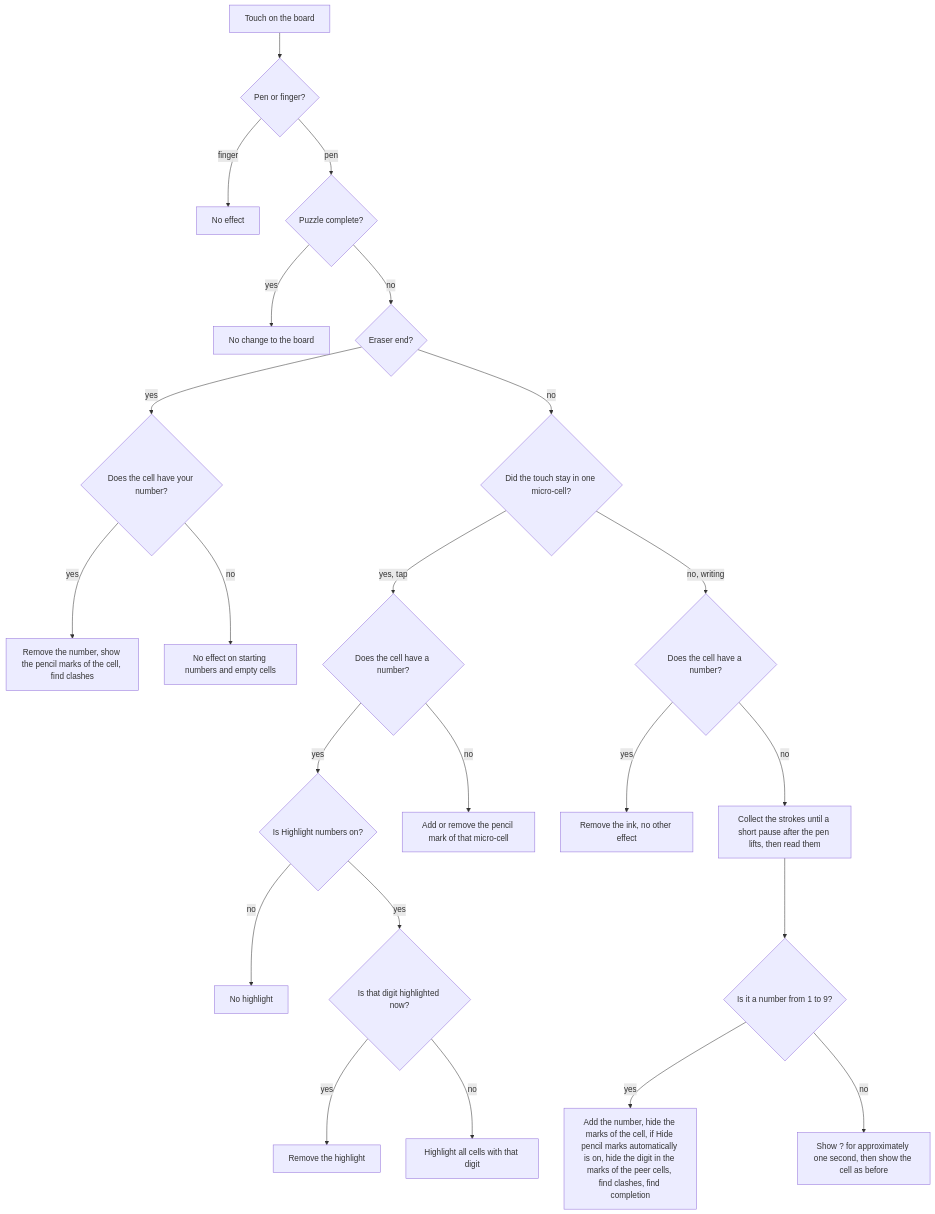
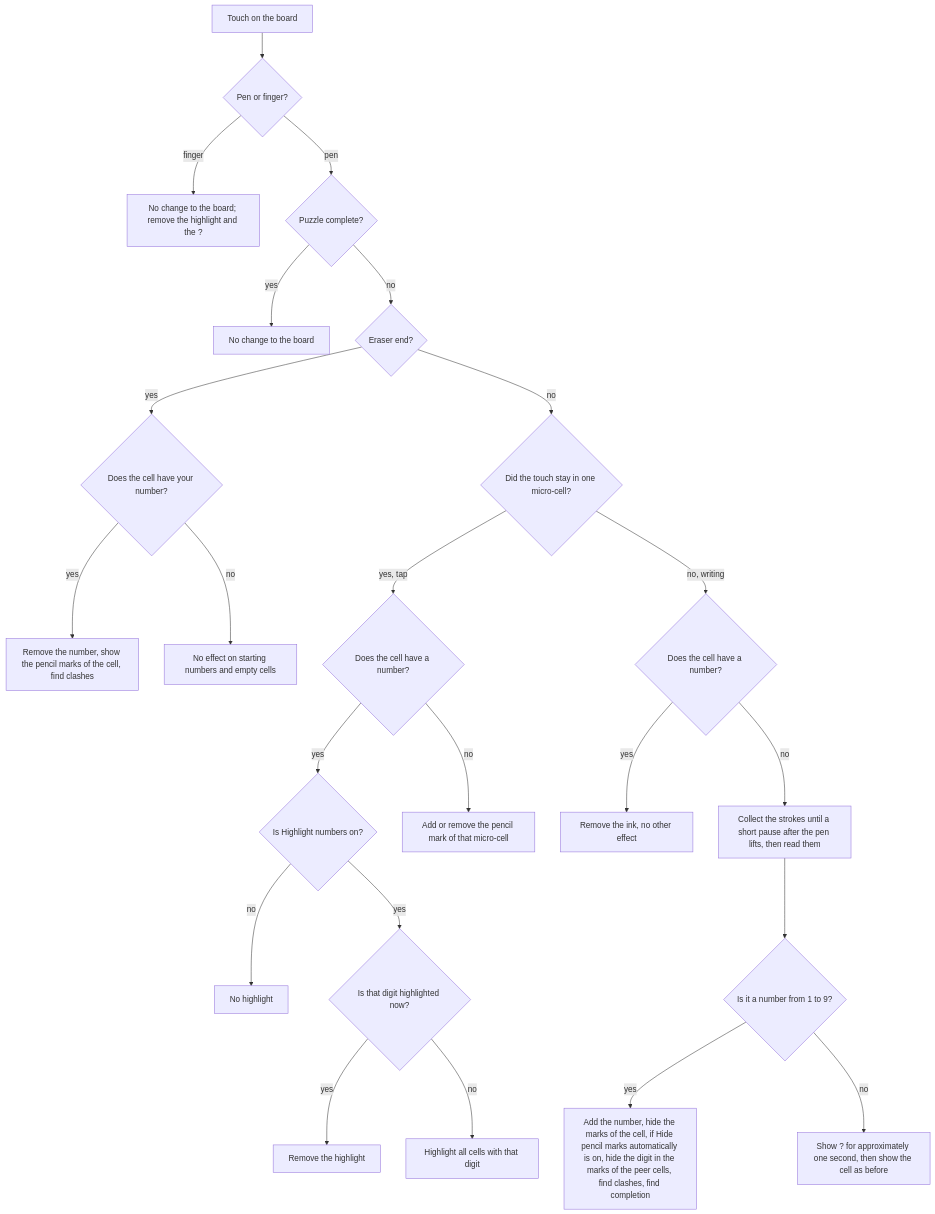
The fourth of 13 diagrams in REQUIREMENTS.md (garbles/sudoku), drawn with Mermaid before and after one commit. The commit also changed other lines of this file and 15 other files, not shown here.

````diff
--- a/REQUIREMENTS.md
+++ b/REQUIREMENTS.md
@@ -260,25 +268,25 @@
 ```mermaid
 flowchart TD
     A[Touch on the board] --> B{Pen or finger?}
-    B -- finger --> X[No effect]
+    B -- finger --> X[No change to the board; remove the highlight and the ?]
     B -- pen --> C{Puzzle complete?}
     C -- yes --> X2[No change to the board]
     C -- no --> D{Eraser end?}
     D -- yes --> E{Does the cell have your number?}
     E -- yes --> E1[Remove the number, show the pencil marks of the cell, find clashes]
     E -- no --> X3[No effect on starting numbers and empty cells]
     D -- no --> F{Did the touch stay in one micro-cell?}
     F -- yes, tap --> G{Does the cell have a number?}
     G -- yes --> GS{Is Highlight numbers on?}
     GS -- no --> X5[No highlight]
     GS -- yes --> G0{Is that digit highlighted now?}
     G0 -- yes --> G3[Remove the highlight]
     G0 -- no --> G1[Highlight all cells with that digit]
     G -- no --> G2[Add or remove the pencil mark of that micro-cell]
     F -- no, writing --> H{Does the cell have a number?}
     H -- yes --> X4[Remove the ink, no other effect]
     H -- no --> I[Collect the strokes until a short pause after the pen lifts, then read them]
     I --> J{Is it a number from 1 to 9?}
     J -- yes --> K[Add the number, hide the marks of the cell, if Hide pencil marks automatically is on, hide the digit in the marks of the peer cells, find clashes, find completion]
     J -- no --> L[Show ? for approximately one second, then show the cell as before]
 ```
````
